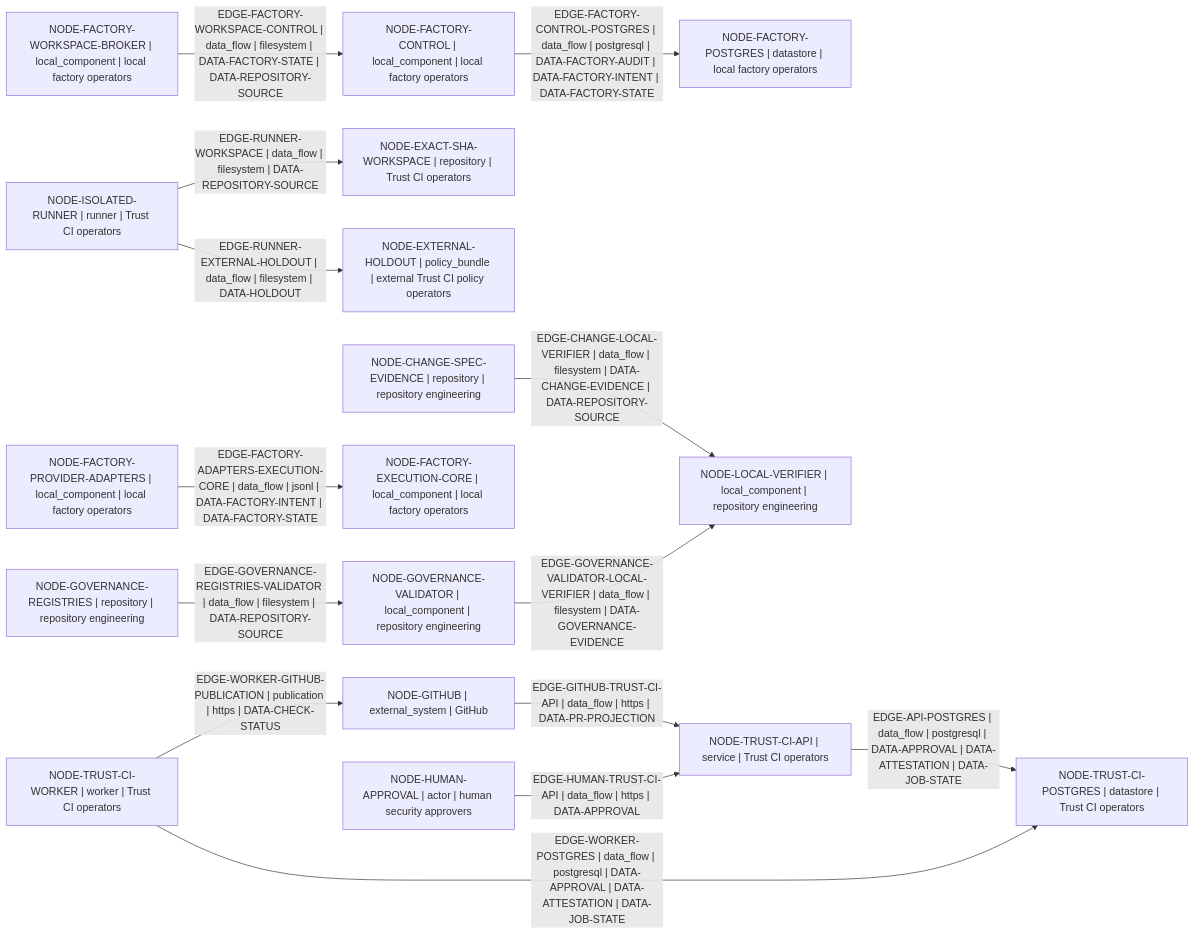
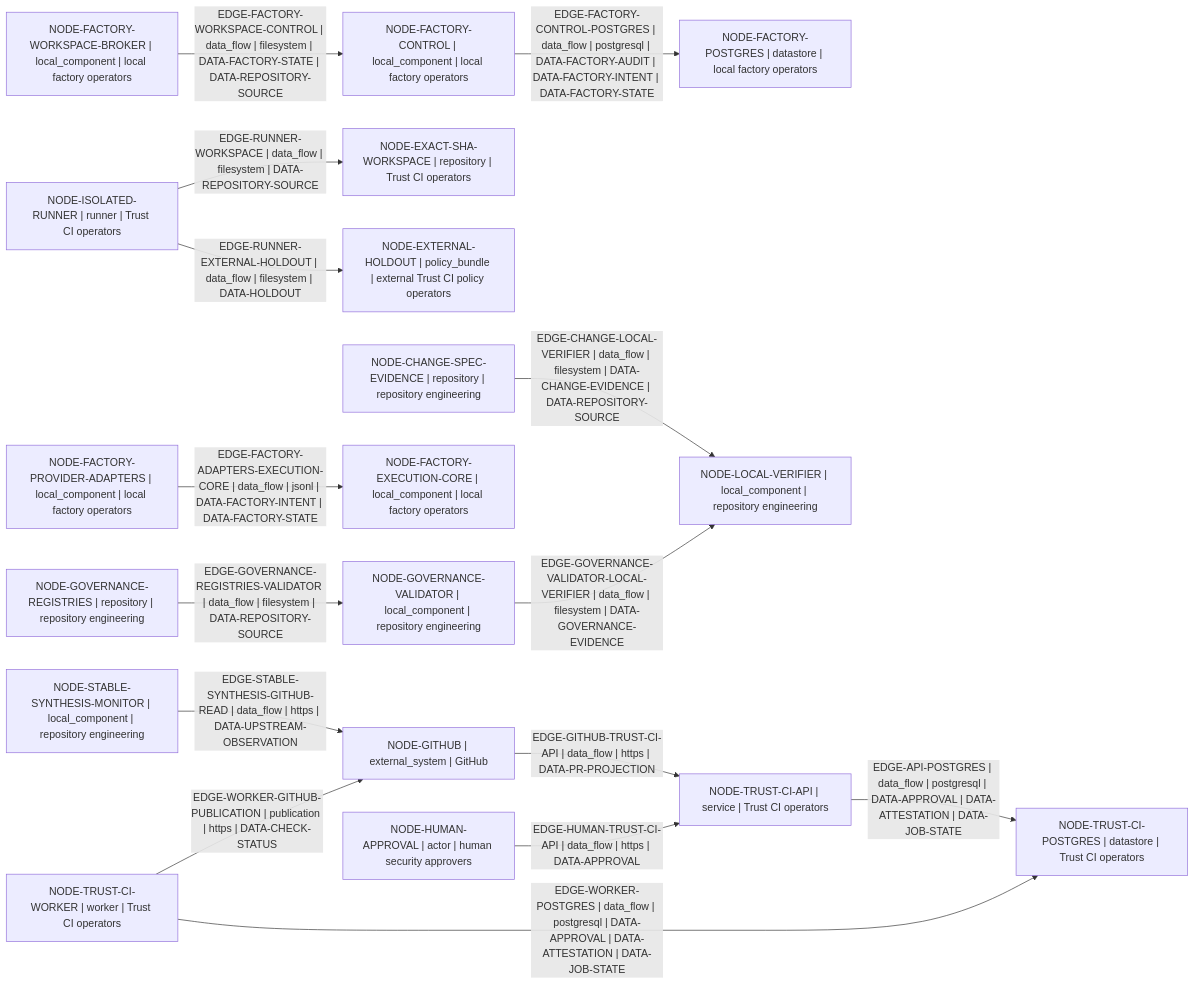
The diagram in architecture/generated/data-flow.mmd (Dimkox/adaptive-grok-build-pro), drawn with Mermaid before and after one commit. The commit also changed 27 other files, not shown here.

Commit message:
feat: add deterministic stable workflow synthesis

```diff
--- a/architecture/generated/data-flow.mmd
+++ b/architecture/generated/data-flow.mmd
@@ -1,31 +1,33 @@
 flowchart LR
   node_8938bd3db1932751["NODE-CHANGE-SPEC-EVIDENCE | repository | repository engineering"]
   node_2e8a7072de3f3743["NODE-EXACT-SHA-WORKSPACE | repository | Trust CI operators"]
   node_0a0fe2f046a648e9["NODE-EXTERNAL-HOLDOUT | policy_bundle | external Trust CI policy operators"]
   node_a6c166e55f8e1784["NODE-FACTORY-CONTROL | local_component | local factory operators"]
   node_0a087cfaed95a8ad["NODE-FACTORY-EXECUTION-CORE | local_component | local factory operators"]
   node_a77de286f8308fd4["NODE-FACTORY-POSTGRES | datastore | local factory operators"]
   node_fae11f6a95d982dc["NODE-FACTORY-PROVIDER-ADAPTERS | local_component | local factory operators"]
   node_23f89cd7152cc030["NODE-FACTORY-WORKSPACE-BROKER | local_component | local factory operators"]
   node_8b8a8cd21b180532["NODE-GITHUB | external_system | GitHub"]
   node_dfd1104494c6ab8f["NODE-GOVERNANCE-REGISTRIES | repository | repository engineering"]
   node_23677f8757246623["NODE-GOVERNANCE-VALIDATOR | local_component | repository engineering"]
   node_e4e37173e410ad23["NODE-HUMAN-APPROVAL | actor | human security approvers"]
   node_1c3a10ba26a8e80d["NODE-ISOLATED-RUNNER | runner | Trust CI operators"]
   node_23bed8fcbfc79861["NODE-LOCAL-VERIFIER | local_component | repository engineering"]
+  node_3905a6d4c0daa763["NODE-STABLE-SYNTHESIS-MONITOR | local_component | repository engineering"]
   node_d0e570b2fbe52f98["NODE-TRUST-CI-API | service | Trust CI operators"]
   node_1a6c7efb2d08591b["NODE-TRUST-CI-POSTGRES | datastore | Trust CI operators"]
   node_070dda93443dcc1f["NODE-TRUST-CI-WORKER | worker | Trust CI operators"]
   node_d0e570b2fbe52f98 -->|"EDGE-API-POSTGRES | data_flow | postgresql | DATA-APPROVAL | DATA-ATTESTATION | DATA-JOB-STATE"| node_1a6c7efb2d08591b
   node_8938bd3db1932751 -->|"EDGE-CHANGE-LOCAL-VERIFIER | data_flow | filesystem | DATA-CHANGE-EVIDENCE | DATA-REPOSITORY-SOURCE"| node_23bed8fcbfc79861
   node_fae11f6a95d982dc -->|"EDGE-FACTORY-ADAPTERS-EXECUTION-CORE | data_flow | jsonl | DATA-FACTORY-INTENT | DATA-FACTORY-STATE"| node_0a087cfaed95a8ad
   node_a6c166e55f8e1784 -->|"EDGE-FACTORY-CONTROL-POSTGRES | data_flow | postgresql | DATA-FACTORY-AUDIT | DATA-FACTORY-INTENT | DATA-FACTORY-STATE"| node_a77de286f8308fd4
   node_23f89cd7152cc030 -->|"EDGE-FACTORY-WORKSPACE-CONTROL | data_flow | filesystem | DATA-FACTORY-STATE | DATA-REPOSITORY-SOURCE"| node_a6c166e55f8e1784
   node_8b8a8cd21b180532 -->|"EDGE-GITHUB-TRUST-CI-API | data_flow | https | DATA-PR-PROJECTION"| node_d0e570b2fbe52f98
   node_dfd1104494c6ab8f -->|"EDGE-GOVERNANCE-REGISTRIES-VALIDATOR | data_flow | filesystem | DATA-REPOSITORY-SOURCE"| node_23677f8757246623
   node_23677f8757246623 -->|"EDGE-GOVERNANCE-VALIDATOR-LOCAL-VERIFIER | data_flow | filesystem | DATA-GOVERNANCE-EVIDENCE"| node_23bed8fcbfc79861
   node_e4e37173e410ad23 -->|"EDGE-HUMAN-TRUST-CI-API | data_flow | https | DATA-APPROVAL"| node_d0e570b2fbe52f98
   node_1c3a10ba26a8e80d -->|"EDGE-RUNNER-EXTERNAL-HOLDOUT | data_flow | filesystem | DATA-HOLDOUT"| node_0a0fe2f046a648e9
   node_1c3a10ba26a8e80d -->|"EDGE-RUNNER-WORKSPACE | data_flow | filesystem | DATA-REPOSITORY-SOURCE"| node_2e8a7072de3f3743
+  node_3905a6d4c0daa763 -->|"EDGE-STABLE-SYNTHESIS-GITHUB-READ | data_flow | https | DATA-UPSTREAM-OBSERVATION"| node_8b8a8cd21b180532
   node_070dda93443dcc1f -->|"EDGE-WORKER-GITHUB-PUBLICATION | publication | https | DATA-CHECK-STATUS"| node_8b8a8cd21b180532
   node_070dda93443dcc1f -->|"EDGE-WORKER-POSTGRES | data_flow | postgresql | DATA-APPROVAL | DATA-ATTESTATION | DATA-JOB-STATE"| node_1a6c7efb2d08591b
```
